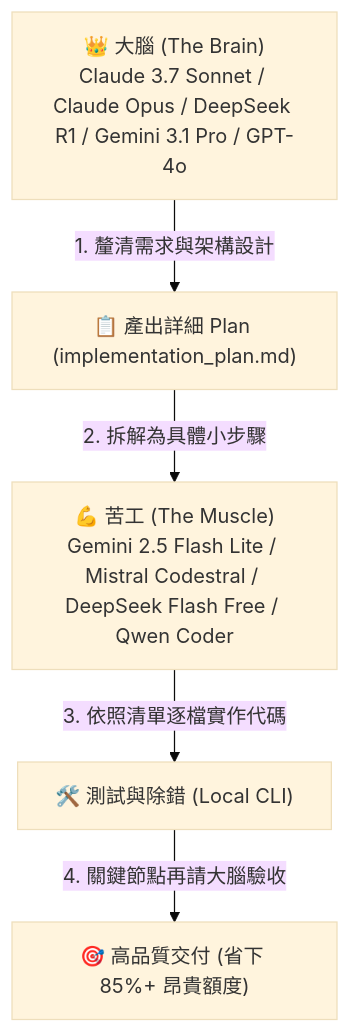
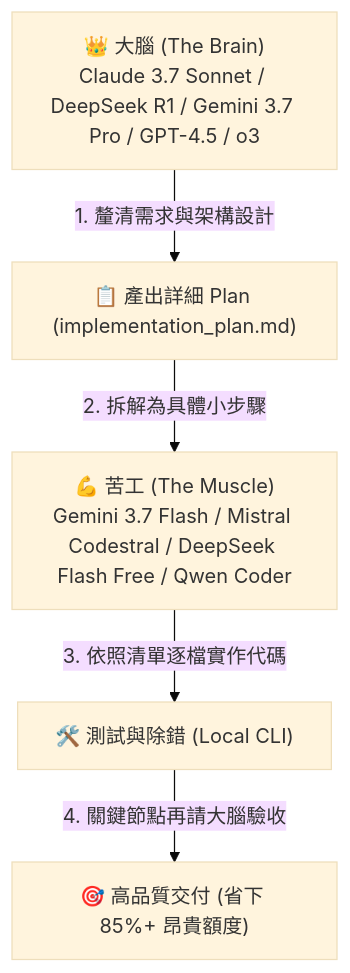
One commit to xup61069/HakkaAICODE changed the diagram in docs/vibe-coding-guide.md. Above: the diagram before and after it, drawn with Mermaid (base theme). The commit also changed other lines of this file and 3 other files, not shown here.

Commit message:
Update all model names to latest releases (Claude 3.7 Sonnet, Gemini 3.7 Pro/Flash, DeepSeek R1/V3, GPT-4.5/o3)

````diff
--- a/docs/vibe-coding-guide.md
+++ b/docs/vibe-coding-guide.md
@@ -30,7 +30,7 @@
 ```mermaid
 flowchart TD
-    A["👑 大腦 (The Brain)<br>Claude 3.7 Sonnet / Claude Opus / DeepSeek R1 / Gemini 3.1 Pro / GPT-4o"] -->|1. 釐清需求與架構設計| B["📋 產出詳細 Plan (implementation_plan.md)"]
-    B -->|2. 拆解為具體小步驟| C["💪 苦工 (The Muscle)<br>Gemini 2.5 Flash Lite / Mistral Codestral / DeepSeek Flash Free / Qwen Coder"]
+    A["👑 大腦 (The Brain)<br>Claude 3.7 Sonnet / DeepSeek R1 / Gemini 3.7 Pro / GPT-4.5 / o3"] -->|1. 釐清需求與架構設計| B["📋 產出詳細 Plan (implementation_plan.md)"]
+    B -->|2. 拆解為具體小步驟| C["💪 苦工 (The Muscle)<br>Gemini 3.7 Flash / Mistral Codestral / DeepSeek Flash Free / Qwen Coder"]
     C -->|3. 依照清單逐檔實作代碼| D["🛠️ 測試與除錯 (Local CLI)"]
     D -->|4. 關鍵節點再請大腦驗收| E["🎯 高品質交付 (省下 85%+ 昂貴額度)"]
 ```
````
